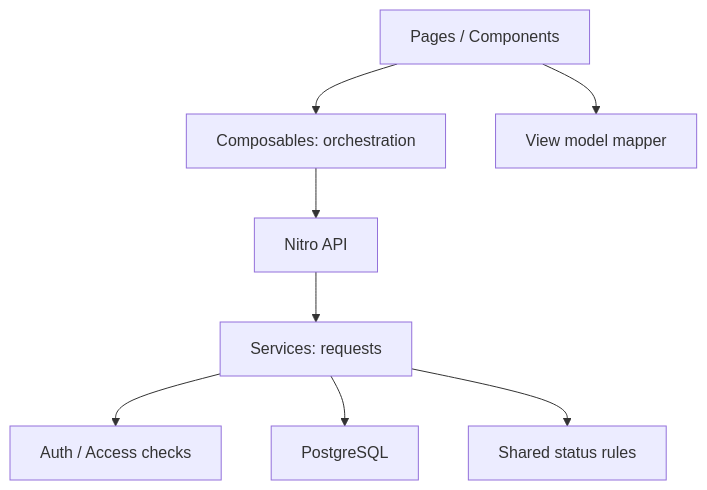
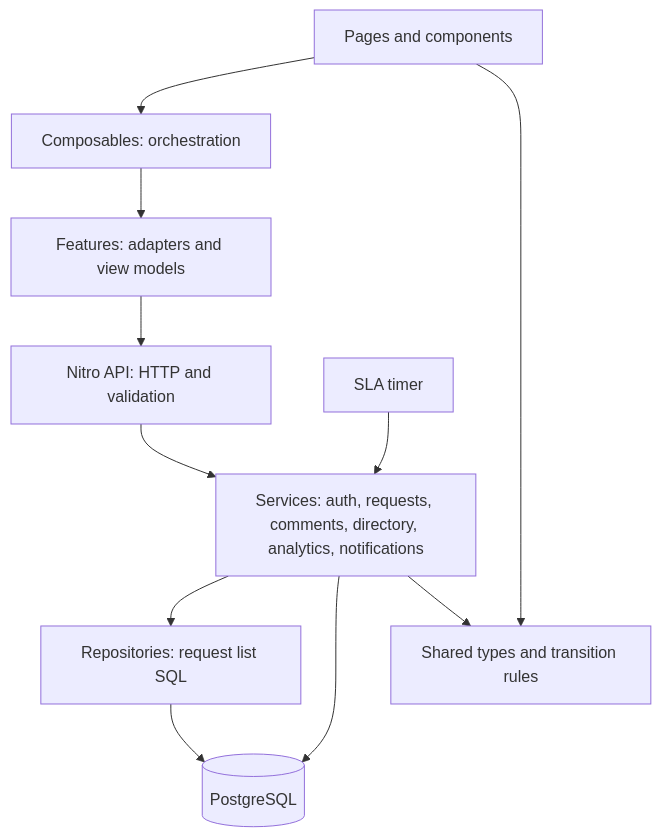
Before and after one commit to locas023/octagon3: the diagram in 7уровень/docs/ARCHITECTURE.md, drawn with Mermaid. The commit also changed other lines of this file and 498 other files, not shown here.

Commit message:
Complete WorkFlow release audit, domain features, SLA history and demo

````diff
--- a/7уровень/docs/ARCHITECTURE.md
+++ b/7уровень/docs/ARCHITECTURE.md
@@ -3,10 +3,13 @@
 ```mermaid
 flowchart TD
- UI[Pages / Components] --> C[Composables: orchestration]
- C --> API[Nitro API]
- API --> S[Services: requests]
- S --> A[Auth / Access checks]
- S --> DB[PostgreSQL]
- S --> R[Shared status rules]
- UI --> V[View model mapper]
+ UI[Pages and components] --> C[Composables: orchestration]
+ C --> F[Features: adapters and view models]
+ F --> API[Nitro API: HTTP and validation]
+ API --> S[Services: auth, requests, comments, directory, analytics, notifications]
+ S --> R[Repositories: request list SQL]
+ R --> DB[(PostgreSQL)]
+ S --> DB
+ UI --> RULES[Shared types and transition rules]
+ S --> RULES
+ WORKER[SLA timer] --> S
 ```
````
